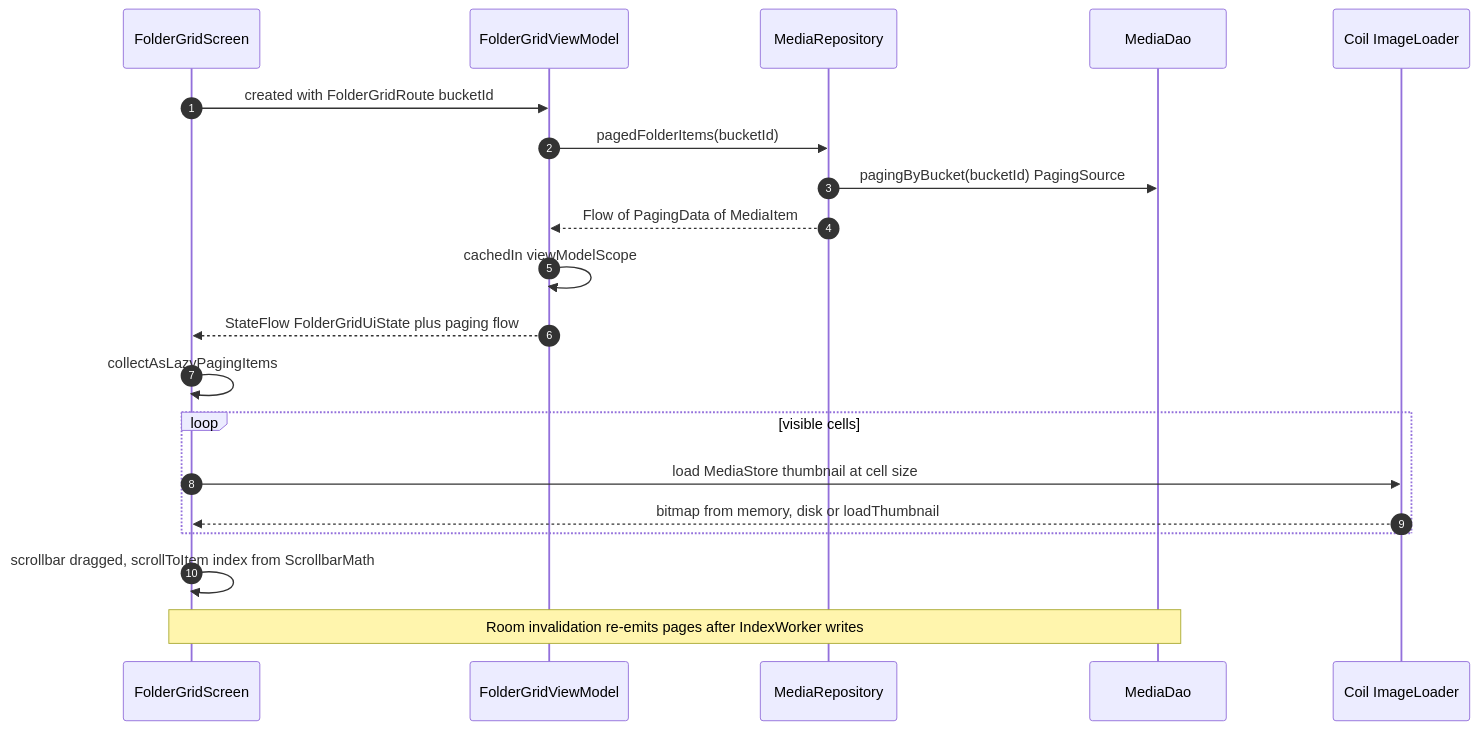
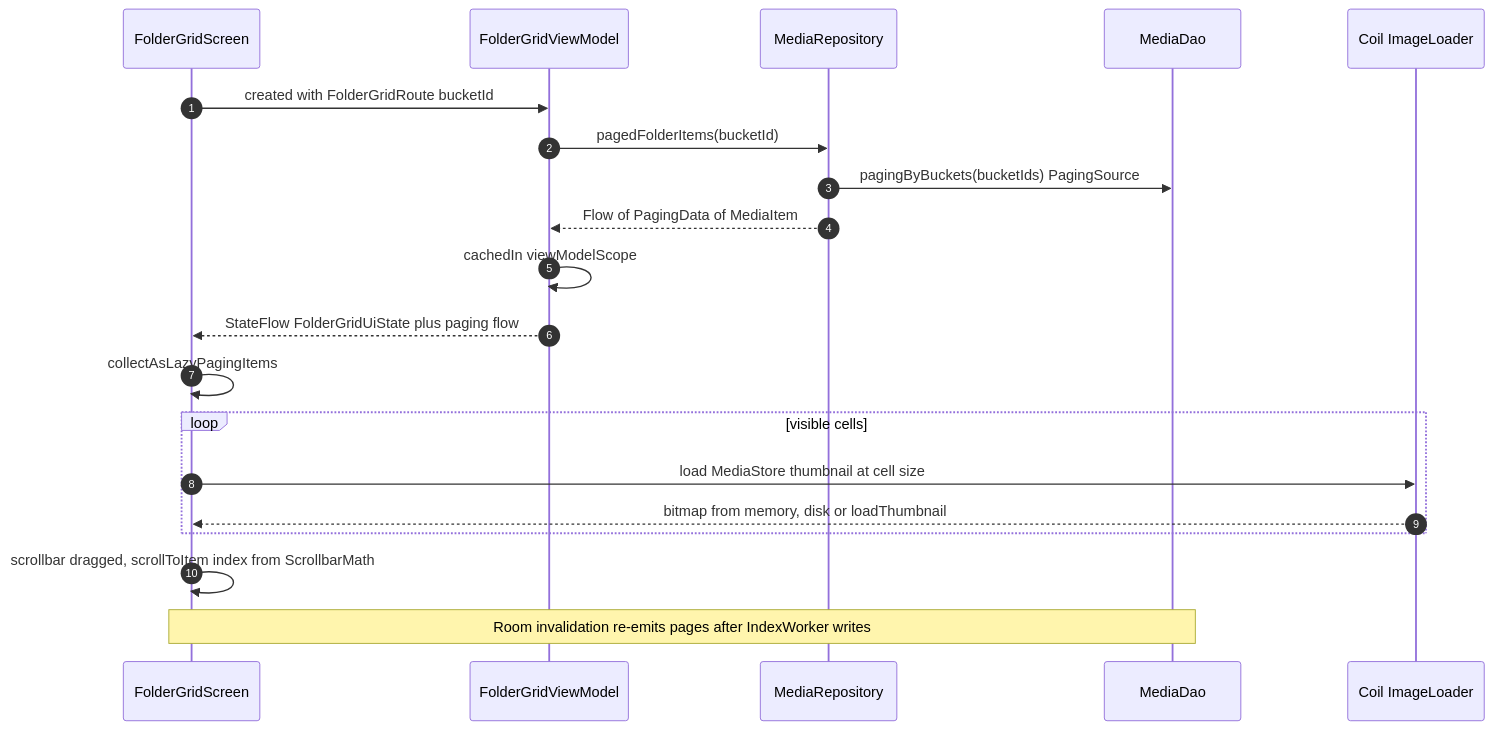
The fifth of 12 diagrams in docs/ARCHITECTURE.md (drehtuer/NextGalleryApp), drawn with Mermaid before and after one commit. The commit also changed other lines of this file and 95 other files, not shown here.

````diff
--- a/docs/ARCHITECTURE.md
+++ b/docs/ARCHITECTURE.md
@@ -568,23 +569,23 @@
 ```mermaid
 sequenceDiagram
     autonumber
     participant UI as FolderGridScreen
     participant VM as FolderGridViewModel
     participant Repo as MediaRepository
     participant DAO as MediaDao
     participant Coil as Coil ImageLoader
 
     UI->>VM: created with FolderGridRoute bucketId
     VM->>Repo: pagedFolderItems(bucketId)
-    Repo->>DAO: pagingByBucket(bucketId) PagingSource
+    Repo->>DAO: pagingByBuckets(bucketIds) PagingSource
     Repo-->>VM: Flow of PagingData of MediaItem
     VM->>VM: cachedIn viewModelScope
     VM-->>UI: StateFlow FolderGridUiState plus paging flow
     UI->>UI: collectAsLazyPagingItems
     loop visible cells
         UI->>Coil: load MediaStore thumbnail at cell size
         Coil-->>UI: bitmap from memory, disk or loadThumbnail
     end
     UI->>UI: scrollbar dragged, scrollToItem index from ScrollbarMath
     Note over DAO,UI: Room invalidation re-emits pages after IndexWorker writes
 ```
````
